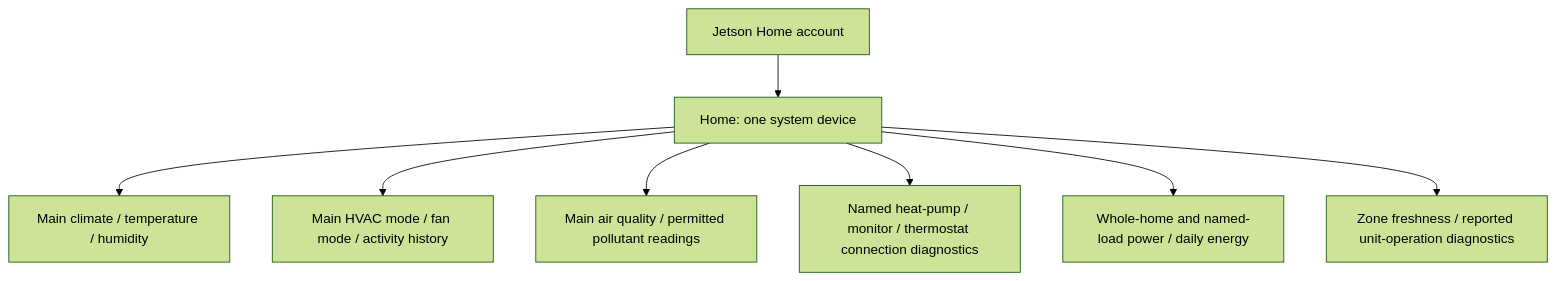
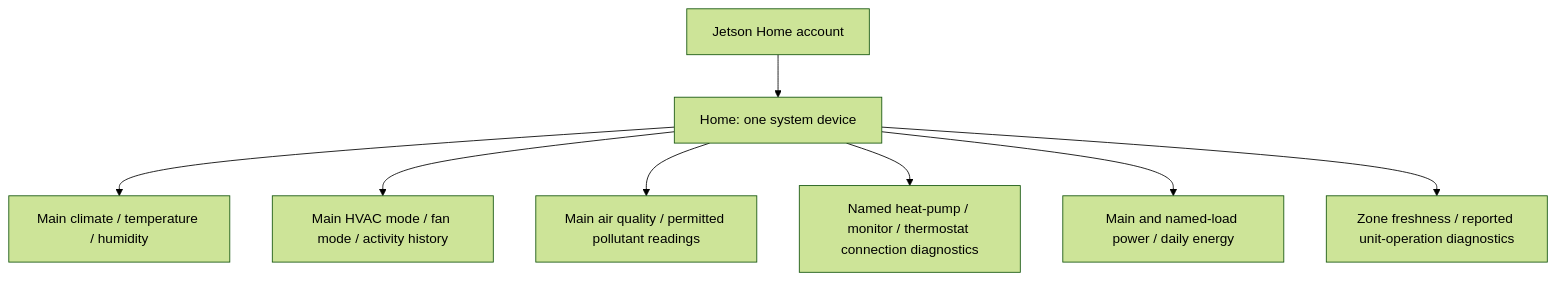
One commit to grahamsz/jetson-home-assistant changed the diagram in docs/HA_STRUCTURE.md. Above: the diagram before and after it, drawn with Mermaid (forest theme). The commit also changed other lines of this file and 31 other files, not shown here.

````diff
--- a/docs/HA_STRUCTURE.md
+++ b/docs/HA_STRUCTURE.md
@@ -7,10 +7,10 @@
 ```mermaid
 flowchart TD
     A[Jetson Home account] --> S[Home: one system device]
     S --> C[Main climate / temperature / humidity]
     S --> H[Main HVAC mode / fan mode / activity history]
     S --> Q[Main air quality / permitted pollutant readings]
     S --> D[Named heat-pump / monitor / thermostat connection diagnostics]
-    S --> E[Whole-home and named-load power / daily energy]
+    S --> E[Main and named-load power / daily energy]
     S --> T[Zone freshness / reported unit-operation diagnostics]
 ```
````
